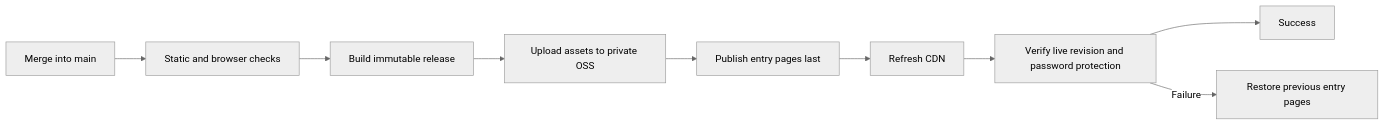
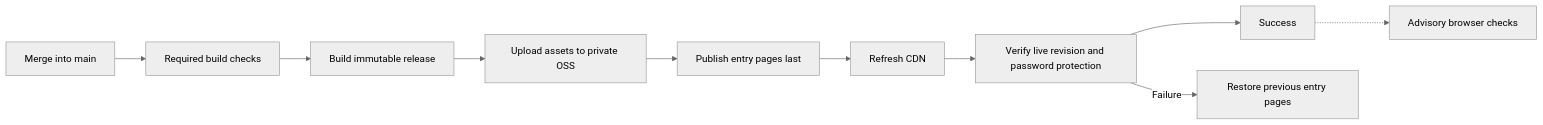
Before and after one commit to younggzzheng/fergusonhealth: the diagram in docs/OPERATIONS.md, drawn with Mermaid (neutral theme). The commit also changed other lines of this file and 8 other files, not shown here.

Commit message:
Make browser review advisory and keep deployment verification lightweight

````diff
--- a/docs/OPERATIONS.md
+++ b/docs/OPERATIONS.md
@@ -66,11 +68,12 @@
 ```mermaid
 flowchart LR
-  A[Merge into main] --> B[Static and browser checks]
+  A[Merge into main] --> B[Required build checks]
   B --> C[Build immutable release]
   C --> D[Upload assets to private OSS]
   D --> E[Publish entry pages last]
   E --> F[Refresh CDN]
   F --> G[Verify live revision and password protection]
   G --> H[Success]
   G -->|Failure| I[Restore previous entry pages]
+  H -.-> J[Advisory browser checks]
 ```
````
